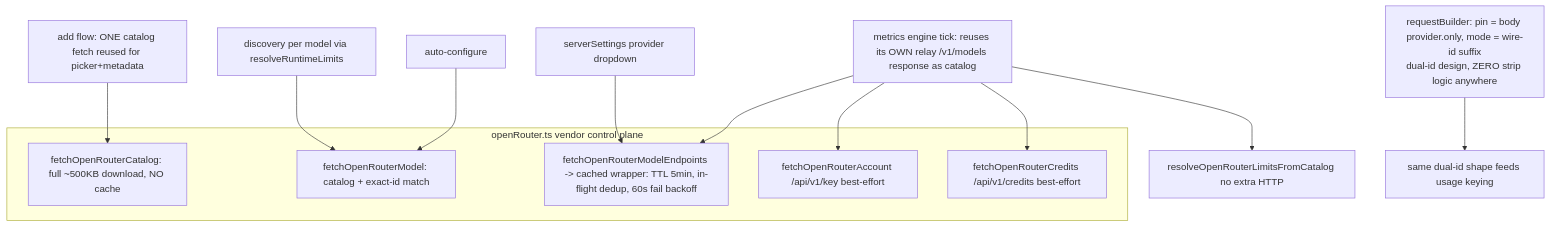
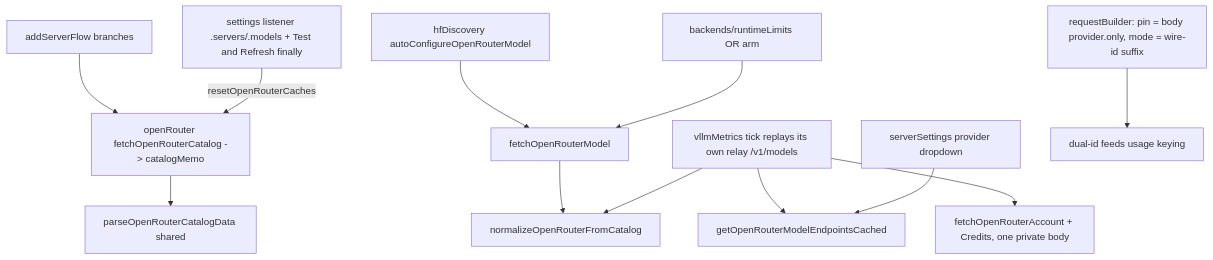
Diagram 15 of 18 in docs/complexity-audit.md (fuzzifikation/vLLM-Copilot), drawn with Mermaid before and after one commit. The commit also changed other lines of this file and 113 other files, not shown here.

````diff
--- a/docs/complexity-audit.md
+++ b/docs/complexity-audit.md
@@ -918,17 +575,14 @@
 ```mermaid
 flowchart TD
-    subgraph or [openRouter.ts vendor control plane]
-        CAT[fetchOpenRouterCatalog: full ~500KB download, NO cache]
-        FOM[fetchOpenRouterModel: catalog + exact-id match]
-        EP[fetchOpenRouterModelEndpoints -> cached wrapper: TTL 5min, in-flight dedup, 60s fail backoff]
-        ACC[fetchOpenRouterAccount /api/v1/key best-effort]
-        CRD[fetchOpenRouterCredits /api/v1/credits best-effort]
-    end
-    ASF[add flow: ONE catalog fetch reused for picker+metadata] --> CAT
-    HFD[auto-configure] --> FOM
-    DISC[discovery per model via resolveRuntimeLimits] --> FOM
-    TICK[metrics engine tick: reuses its OWN relay /v1/models response as catalog] --> NORM[resolveOpenRouterLimitsFromCatalog no extra HTTP]
-    TICK --> EP & ACC & CRD
+    ASF[addServerFlow branches] --> CAT[openRouter fetchOpenRouterCatalog -> catalogMemo]
+    HFD[hfDiscovery autoConfigureOpenRouterModel] --> FOM[fetchOpenRouterModel]
+    RT[backends/runtimeLimits OR arm] --> FOM
+    FOM --> NOR[normalizeOpenRouterFromCatalog]
+    CAT --> PARSE[parseOpenRouterCatalogData shared]
+    TICK[vllmMetrics tick replays its own relay /v1/models] --> NOR
+    TICK --> EP[getOpenRouterModelEndpointsCached]
     SSV[serverSettings provider dropdown] --> EP
-    RB[requestBuilder: pin = body provider.only, mode = wire-id suffix<br/>dual-id design, ZERO strip logic anywhere] --> INV[same dual-id shape feeds usage keying]
+    TICK --> ACC[fetchOpenRouterAccount + Credits, one private body]
+    RB[requestBuilder: pin = body provider.only, mode = wire-id suffix] --> DUAL[dual-id feeds usage keying]
+    EXT[settings listener .servers/.models + Test and Refresh finally] -->|resetOpenRouterCaches| CAT
 ```
````
